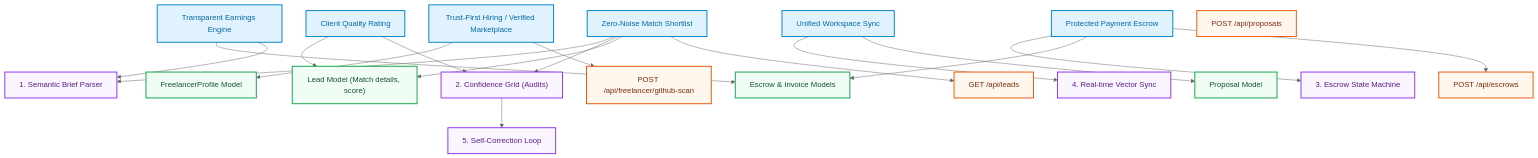
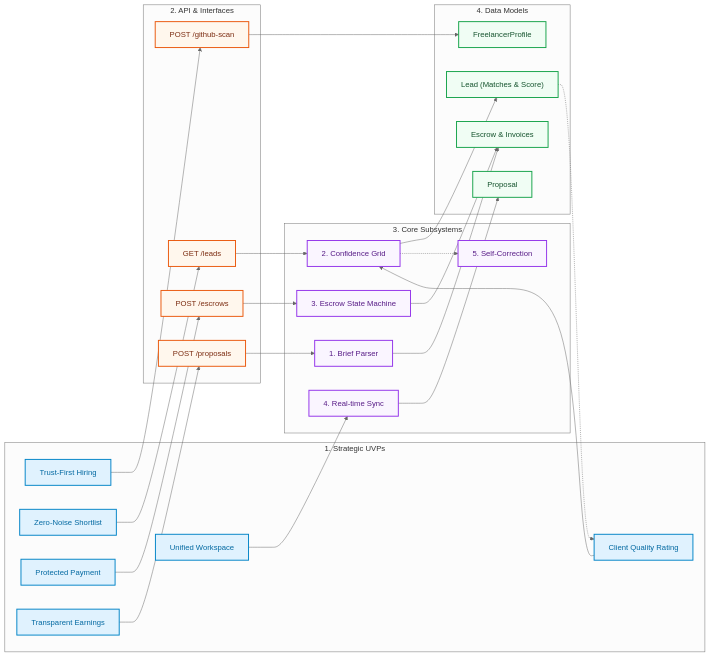
Before and after one commit to FixFlow-AI/FixFlow-AI-web: the first of 3 diagrams in docs/market_positioning_and_uvps.md, drawn with Mermaid (neutral theme). The commit also changed other lines of this file, not shown here.

Commit message:
docs: add market positioning and value proposition reference documentation

````diff
--- a/docs/market_positioning_and_uvps.md
+++ b/docs/market_positioning_and_uvps.md
@@ -59,58 +59,62 @@
 ```mermaid
-graph TD
+flowchart LR
     classDef uvp fill:#e0f2fe,stroke:#0284c7,stroke-width:2px,color:#0369a1;
     classDef model fill:#f0fdf4,stroke:#16a34a,stroke-width:2px,color:#14532d;
     classDef subsystem fill:#faf5ff,stroke:#9333ea,stroke-width:2px,color:#581c87;
     classDef api fill:#fff7ed,stroke:#ea580c,stroke-width:2px,color:#7c2d12;
 
-    %% Unique Value Propositions
-    UVP1["Trust-First Hiring / Verified Marketplace"]:::uvp
-    UVP2["Zero-Noise Match Shortlist"]:::uvp
-    UVP3["Protected Payment Escrow"]:::uvp
-    UVP4["Transparent Earnings Engine"]:::uvp
-    UVP5["Unified Workspace Sync"]:::uvp
-    UVP6["Client Quality Rating"]:::uvp
+    %% --- LAYERS / COLUMNS ---
+    subgraph L1 ["1. Strategic UVPs"]
+        UVP1["Trust-First Hiring"]:::uvp
+        UVP2["Zero-Noise Shortlist"]:::uvp
+        UVP3["Protected Payment"]:::uvp
+        UVP4["Transparent Earnings"]:::uvp
+        UVP5["Unified Workspace"]:::uvp
+        UVP6["Client Quality Rating"]:::uvp
+    end
 
-    %% Data Models
-    M_Freelancer["FreelancerProfile Model"]:::model
-    M_Lead["Lead Model (Match details, score)"]:::model
-    M_Escrow["Escrow & Invoice Models"]:::model
-    M_Proposal["Proposal Model"]:::model
+    subgraph L2 ["2. API & Interfaces"]
+        A_Scan["POST /github-scan"]:::api
+        A_Leads["GET /leads"]:::api
+        A_Proposals["POST /proposals"]:::api
+        A_Escrows["POST /escrows"]:::api
+    end
 
-    %% Subsystems
-    S_Brief["1. Semantic Brief Parser"]:::subsystem
-    S_Grid["2. Confidence Grid (Audits)"]:::subsystem
-    S_Escrow["3. Escrow State Machine"]:::subsystem
-    S_Sync["4. Real-time Vector Sync"]:::subsystem
-    S_Correction["5. Self-Correction Loop"]:::subsystem
+    subgraph L3 ["3. Core Subsystems"]
+        S_Brief["1. Brief Parser"]:::subsystem
+        S_Grid["2. Confidence Grid"]:::subsystem
+        S_Escrow["3. Escrow State Machine"]:::subsystem
+        S_Sync["4. Real-time Sync"]:::subsystem
+        S_Correction["5. Self-Correction"]:::subsystem
+    end
 
-    %% API Endpoints
-    A_Scan["POST /api/freelancer/github-scan"]:::api
-    A_Leads["GET /api/leads"]:::api
-    A_Proposals["POST /api/proposals"]:::api
-    A_Escrows["POST /api/escrows"]:::api
+    subgraph L4 ["4. Data Models"]
+        M_Freelancer["FreelancerProfile"]:::model
+        M_Lead["Lead (Matches & Score)"]:::model
+        M_Proposal["Proposal"]:::model
+        M_Escrow["Escrow & Invoices"]:::model
+    end
 
-    %% Mappings
-    UVP1 --> M_Freelancer
+    %% --- RELATIONSHIPS (Flowing Left to Right) ---
     UVP1 --> A_Scan
-    
-    UVP2 --> S_Brief
-    UVP2 --> S_Grid
-    UVP2 --> M_Lead
+    A_Scan --> M_Freelancer
+
     UVP2 --> A_Leads
+    A_Leads --> S_Grid
+    S_Grid --> M_Lead
+    S_Grid -.-> S_Correction
 
-    UVP3 --> S_Escrow
-    UVP3 --> M_Escrow
     UVP3 --> A_Escrows
+    A_Escrows --> S_Escrow
+    S_Escrow --> M_Escrow
 
-    UVP4 --> M_Escrow
-    UVP4 --> S_Brief
+    UVP4 --> A_Proposals
+    A_Proposals --> S_Brief
+    S_Brief --> M_Escrow
 
     UVP5 --> S_Sync
-    UVP5 --> M_Proposal
+    S_Sync --> M_Proposal
 
-    UVP6 --> M_Lead
     UVP6 --> S_Grid
-    
-    S_Grid --> S_Correction
+    M_Lead -.-> UVP6
 ```
````
